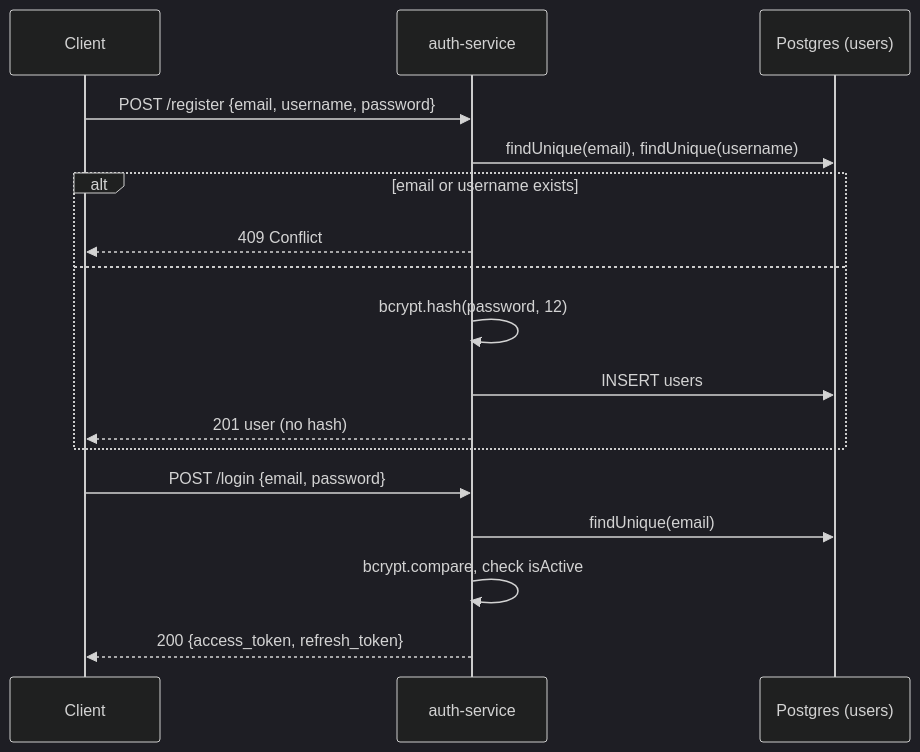
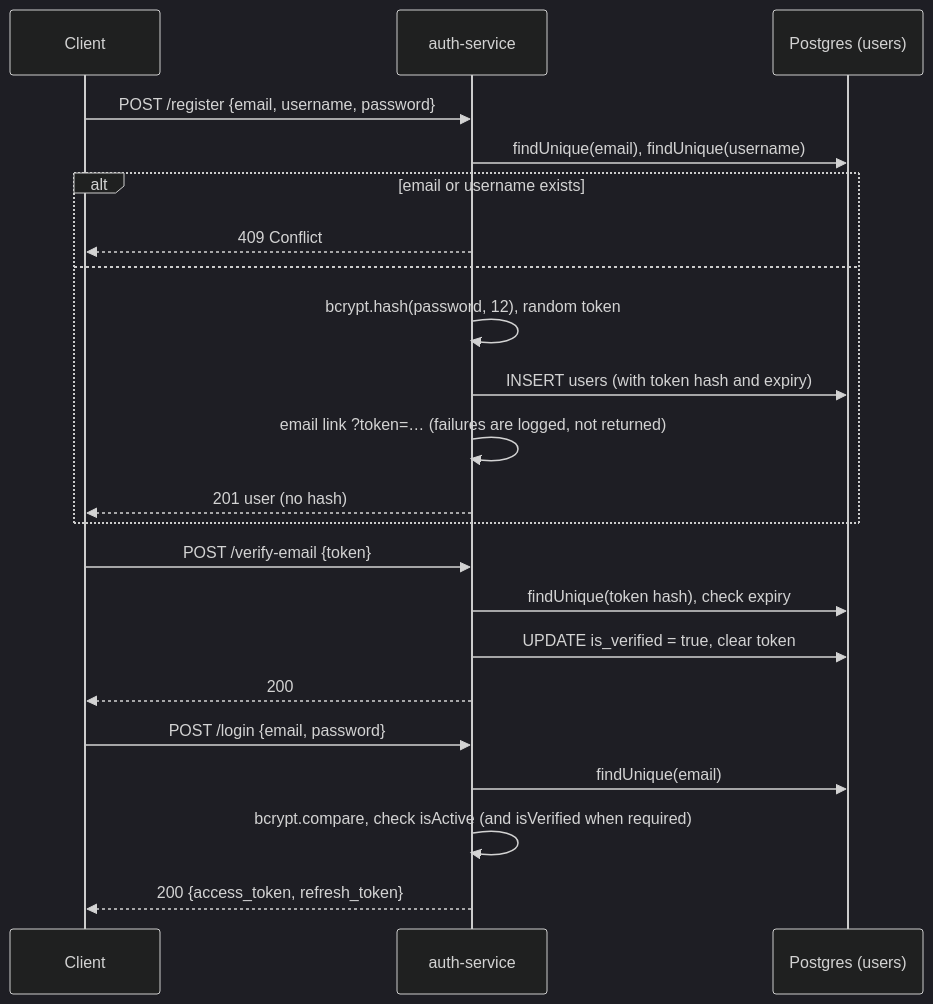
Before and after one commit to master-node1/the-aura-mind: the third of 4 diagrams in services/auth-service/README.md, drawn with Mermaid (dark theme). The commit also changed other lines of this file and 37 other files, not shown here.

````diff
--- a/services/auth-service/README.md
+++ b/services/auth-service/README.md
@@ -208,19 +219,24 @@
 ```mermaid
 sequenceDiagram
     participant C as Client
     participant A as auth-service
     participant DB as Postgres (users)
     C->>A: POST /register {email, username, password}
     A->>DB: findUnique(email), findUnique(username)
     alt email or username exists
         A-->>C: 409 Conflict
     else
-        A->>A: bcrypt.hash(password, 12)
-        A->>DB: INSERT users
+        A->>A: bcrypt.hash(password, 12), random token
+        A->>DB: INSERT users (with token hash and expiry)
+        A->>A: email link ?token=… (failures are logged, not returned)
         A-->>C: 201 user (no hash)
     end
+    C->>A: POST /verify-email {token}
+    A->>DB: findUnique(token hash), check expiry
+    A->>DB: UPDATE is_verified = true, clear token
+    A-->>C: 200
     C->>A: POST /login {email, password}
     A->>DB: findUnique(email)
-    A->>A: bcrypt.compare, check isActive
+    A->>A: bcrypt.compare, check isActive (and isVerified when required)
     A-->>C: 200 {access_token, refresh_token}
 ```
````
